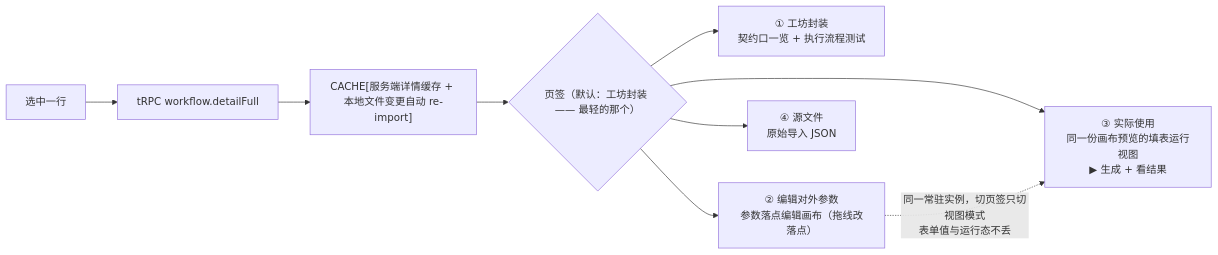
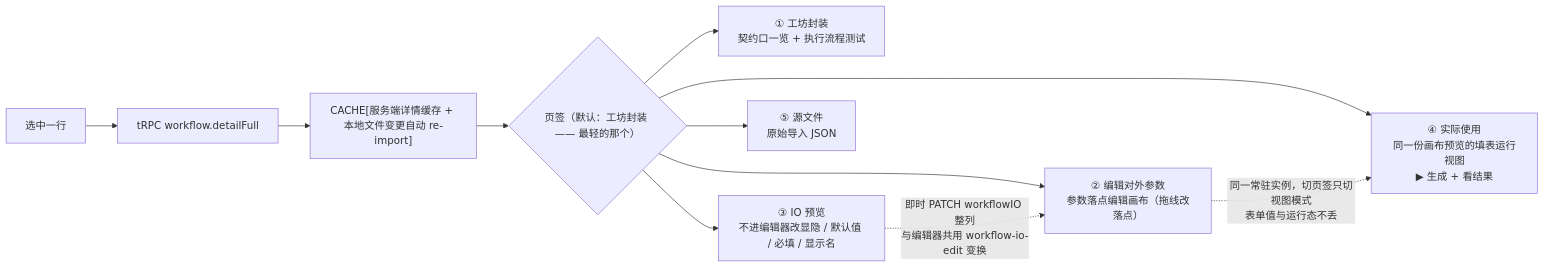
One commit to wuxianyuedu/comfy-app changed the fourth of 10 diagrams in docs/guides/feature-workflow-library-flow.md. Above: the diagram before and after it, drawn with Mermaid. The commit also changed other lines of this file and 15 other files, not shown here.

````diff
--- a/docs/guides/feature-workflow-library-flow.md
+++ b/docs/guides/feature-workflow-library-flow.md
@@ -157,11 +157,13 @@
 ```mermaid
 flowchart LR
   SEL["选中一行"] --> FULL["tRPC workflow.detailFull"]
   FULL --> C1["CACHE[服务端详情缓存 + 本地文件变更自动 re-import]"]
   C1 --> TABS{"页签（默认：工坊封装 —— 最轻的那个）"}
   TABS --> A["① 工坊封装<br/>契约口一览 + 执行流程测试"]
   TABS --> B["② 编辑对外参数<br/>参数落点编辑画布（拖线改落点）"]
-  TABS --> C["③ 实际使用<br/>同一份画布预览的填表运行视图<br/>▶ 生成 + 看结果"]
-  TABS --> D["④ 源文件<br/>原始导入 JSON"]
+  TABS --> E["③ IO 预览<br/>不进编辑器改显隐 / 默认值 / 必填 / 显示名"]
+  TABS --> C["④ 实际使用<br/>同一份画布预览的填表运行视图<br/>▶ 生成 + 看结果"]
+  TABS --> D["⑤ 源文件<br/>原始导入 JSON"]
   B -.->|"同一常驻实例，切页签只切视图模式<br/>表单值与运行态不丢"| C
+  E -.->|"即时 PATCH workflowIO 整列<br/>与编辑器共用 workflow-io-edit 变换"| B
 ```
````
